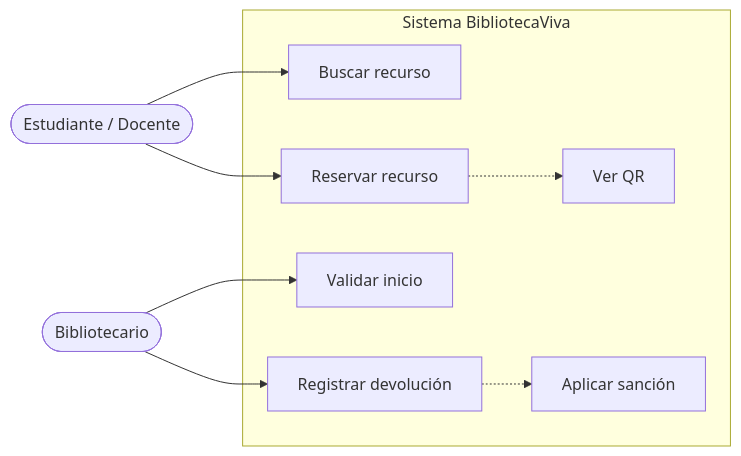
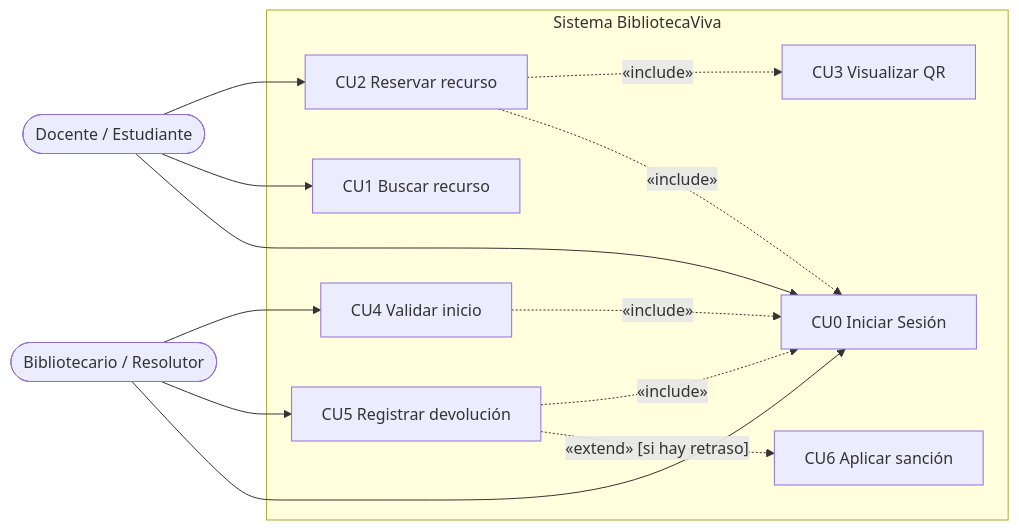
Before and after one commit to yordycg/biblioteca-viva: the diagram in docs/week-02/diagrams/casos-de-uso.mmd, drawn with Mermaid.

Commit message:
docs(sem2): replace use case diagram source with delivered version (SEM2-T2)

```diff
--- a/docs/week-02/diagrams/casos-de-uso.mmd
+++ b/docs/week-02/diagrams/casos-de-uso.mmd
@@ -1,21 +1,32 @@
-%% BibliotecaViva - Diagrama de casos de uso (MVP)
+%% BibliotecaViva — Casos de uso del MVP
+%% Fuente de verdad del diagrama. Sintaxis Mermaid (GitHub) o Pele.
+%% Contenido equivalente a sem2-t2-casos-de-uso.png (entrega de SEM2-T2).
+%% Mermaid no tiene notación UML nativa de casos de uso: actores como nodos
+%% y «include» / «extend» como flechas punteadas etiquetadas.
 
 flowchart LR
-  E([Estudiante / Docente])
-  B([Bibliotecario])
+  A(["Docente / Estudiante"])
+  B(["Bibliotecario / Resolutor"])
 
-  subgraph Sistema BibliotecaViva
-    CU1[Buscar recurso]
-    CU2[Reservar recurso]
-    CU3[Ver QR]
-    CU4[Validar inicio]
-    CU5[Registrar devolución]
-    CU6[Aplicar sanción]
+  subgraph SISTEMA["Sistema BibliotecaViva"]
+    CU2["CU2 Reservar recurso"]
+    CU1["CU1 Buscar recurso"]
+    CU3["CU3 Visualizar QR"]
+    CU4["CU4 Validar inicio"]
+    CU5["CU5 Registrar devolución"]
+    CU0["CU0 Iniciar Sesión"]
+    CU6["CU6 Aplicar sanción"]
   end
 
-  E --> CU1
-  E --> CU2
-  CU2 -.-> CU3
+  A --> CU2
+  A --> CU1
+  A --> CU0
   B --> CU4
   B --> CU5
-  CU5 -.-> CU6
+  B --> CU0
+
+  CU2 -.->|"«include»"| CU3
+  CU2 -.->|"«include»"| CU0
+  CU4 -.->|"«include»"| CU0
+  CU5 -.->|"«include»"| CU0
+  CU5 -.->|"«extend» [si hay retraso]"| CU6
```
